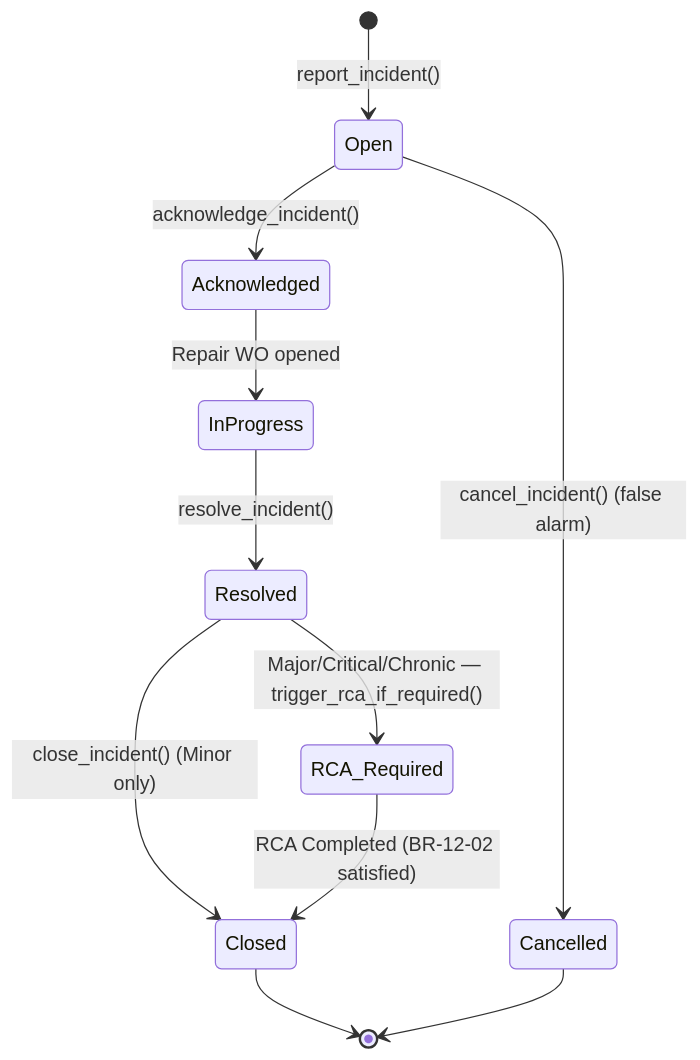
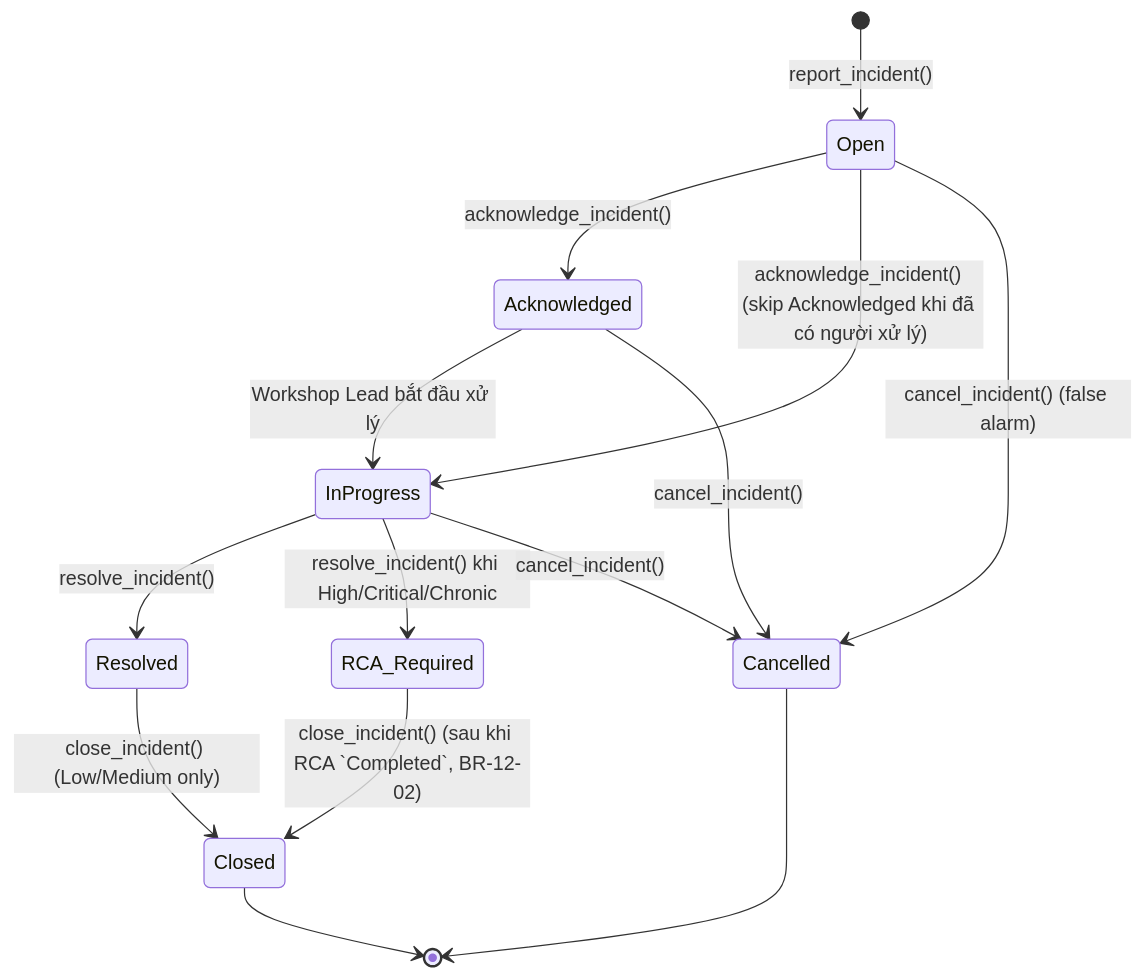
Before and after one commit to mvl26/Assetcore: the third of 4 diagrams in docs/imm-12/02_Analysis_Design.md, drawn with Mermaid. The commit also changed other lines of this file and 180 other files, not shown here.

````diff
--- a/docs/imm-12/02_Analysis_Design.md
+++ b/docs/imm-12/02_Analysis_Design.md
@@ -396,13 +399,16 @@
 ```mermaid
 stateDiagram-v2
     [*] --> Open : report_incident()
     Open --> Acknowledged : acknowledge_incident()
+    Open --> InProgress : acknowledge_incident() (skip Acknowledged khi đã có người xử lý)
     Open --> Cancelled : cancel_incident() (false alarm)
-    Acknowledged --> InProgress : Repair WO opened
+    Acknowledged --> InProgress : Workshop Lead bắt đầu xử lý
+    Acknowledged --> Cancelled : cancel_incident()
     InProgress --> Resolved : resolve_incident()
-    Resolved --> Closed : close_incident() (Minor only)
-    Resolved --> RCA_Required : Major/Critical/Chronic — trigger_rca_if_required()
-    RCA_Required --> Closed : RCA Completed (BR-12-02 satisfied)
+    InProgress --> RCA_Required : resolve_incident() khi High/Critical/Chronic
+    InProgress --> Cancelled : cancel_incident()
+    Resolved --> Closed : close_incident() (Low/Medium only)
+    RCA_Required --> Closed : close_incident() (sau khi RCA `Completed`, BR-12-02)
     Closed --> [*]
     Cancelled --> [*]
 ```
````
